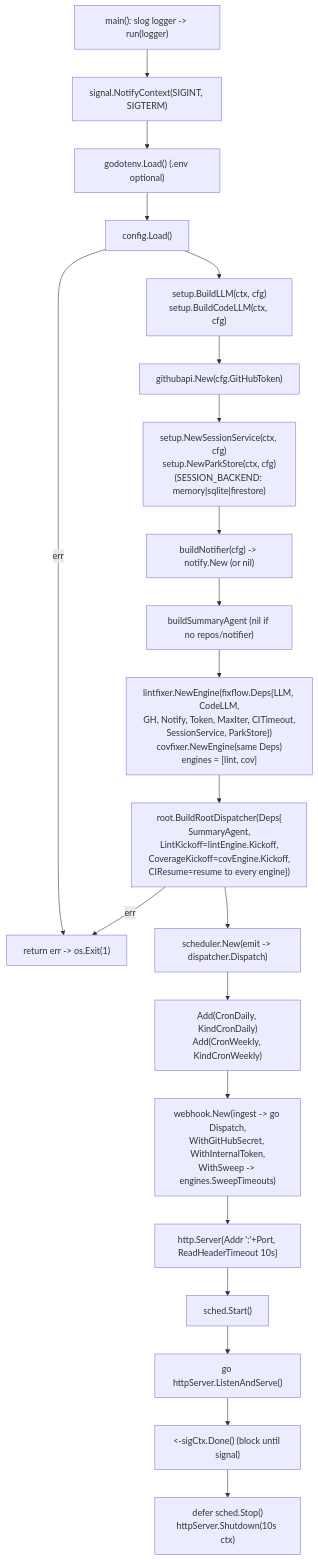
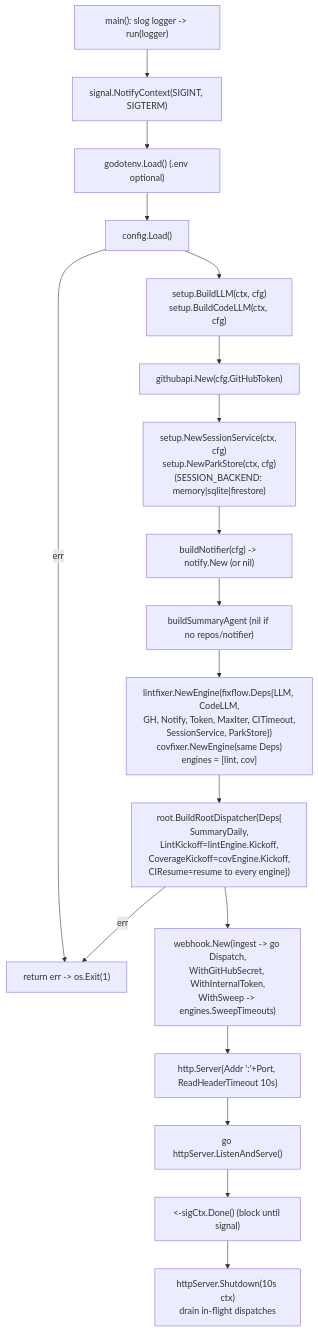
One commit to jkjamies/automation-agent changed the diagram in go/cmd/agent/AGENTS.md. Above: the diagram before and after it, drawn with Mermaid. The commit also changed other lines of this file and 98 other files, not shown here.

First line of the commit message:
Drop in-process cron + weekly digest; Cloud Scheduler is the sole trigger (#7)

````diff
--- a/go/cmd/agent/AGENTS.md
+++ b/go/cmd/agent/AGENTS.md
@@ -7,25 +7,22 @@
 ```mermaid
 flowchart TD
     Main["main(): slog logger -> run(logger)"] --> Sig["signal.NotifyContext(SIGINT, SIGTERM)"]
     Sig --> Env["godotenv.Load() (.env optional)"]
     Env --> Cfg["config.Load()"]
     Cfg -->|err| Fatal["return err -> os.Exit(1)"]
     Cfg --> LLM["setup.BuildLLM(ctx, cfg)<br/>setup.BuildCodeLLM(ctx, cfg)"]
     LLM --> GH["githubapi.New(cfg.GitHubToken)"]
     GH --> Sess["setup.NewSessionService(ctx, cfg)<br/>setup.NewParkStore(ctx, cfg)<br/>(SESSION_BACKEND: memory|sqlite|firestore)"]
     Sess --> Notif["buildNotifier(cfg) -> notify.New (or nil)"]
     Notif --> SumA["buildSummaryAgent (nil if no repos/notifier)"]
     SumA --> Eng["lintfixer.NewEngine(fixflow.Deps{LLM, CodeLLM,<br/>GH, Notify, Token, MaxIter, CITimeout,<br/>SessionService, ParkStore})<br/>covfixer.NewEngine(same Deps)<br/>engines = [lint, cov]"]
-    Eng --> Disp["root.BuildRootDispatcher(Deps{<br/>SummaryAgent,<br/>LintKickoff=lintEngine.Kickoff,<br/>CoverageKickoff=covEngine.Kickoff,<br/>CIResume=resume to every engine})"]
+    Eng --> Disp["root.BuildRootDispatcher(Deps{<br/>SummaryDaily,<br/>LintKickoff=lintEngine.Kickoff,<br/>CoverageKickoff=covEngine.Kickoff,<br/>CIResume=resume to every engine})"]
     Disp -->|err| Fatal
 
-    Disp --> Sched["scheduler.New(emit -> dispatcher.Dispatch)"]
-    Sched --> AddCron["Add(CronDaily, KindCronDaily)<br/>Add(CronWeekly, KindCronWeekly)"]
-    AddCron --> Web["webhook.New(ingest -> go Dispatch,<br/>WithGitHubSecret, WithInternalToken,<br/>WithSweep -> engines.SweepTimeouts)"]
+    Disp --> Web["webhook.New(ingest -> go Dispatch,<br/>WithGitHubSecret, WithInternalToken,<br/>WithSweep -> engines.SweepTimeouts)"]
     Web --> HTTP["http.Server{Addr ':'+Port, ReadHeaderTimeout 10s}"]
 
-    HTTP --> Start["sched.Start()"]
-    Start --> Listen["go httpServer.ListenAndServe()"]
+    HTTP --> Listen["go httpServer.ListenAndServe()"]
     Listen --> Block["<-sigCtx.Done() (block until signal)"]
-    Block --> Shutdown["defer sched.Stop()<br/>httpServer.Shutdown(10s ctx)"]
+    Block --> Shutdown["httpServer.Shutdown(10s ctx)<br/>drain in-flight dispatches"]
 ```
````
